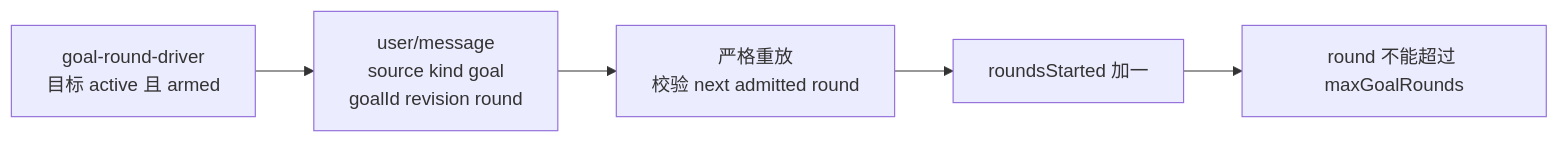
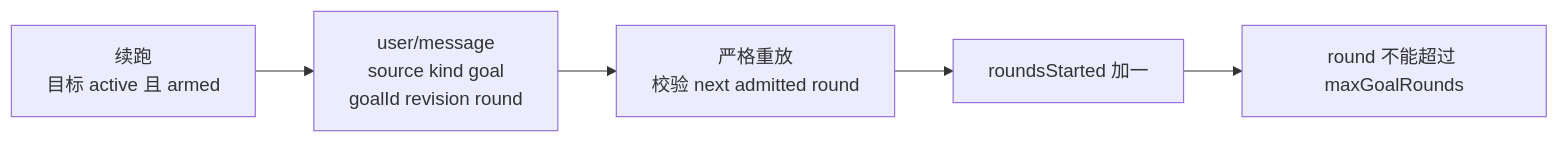
Before and after one commit to kakaCat/learn-dh: the fourth of 5 diagrams in 04-实现/blog-20-goal/blog.md, drawn with Mermaid. The commit also changed other lines of this file and 43 other files, not shown here.

````diff
--- a/04-实现/blog-20-goal/blog.md
+++ b/04-实现/blog-20-goal/blog.md
@@ -433,13 +507,13 @@
 ```mermaid
 flowchart LR
-    DRIVER["goal-round-driver<br/>目标 active 且 armed"]
+    DRIVER["续跑<br/>目标 active 且 armed"]
     MSG["user/message<br/>source kind goal<br/>goalId revision round"]
     FOLD2["严格重放<br/>校验 next admitted round"]
     COUNT["roundsStarted 加一"]
     BUDGET["round 不能超过 maxGoalRounds"]
 
     DRIVER --> MSG
     MSG --> FOLD2
     FOLD2 --> COUNT
     COUNT --> BUDGET
 ```
````
